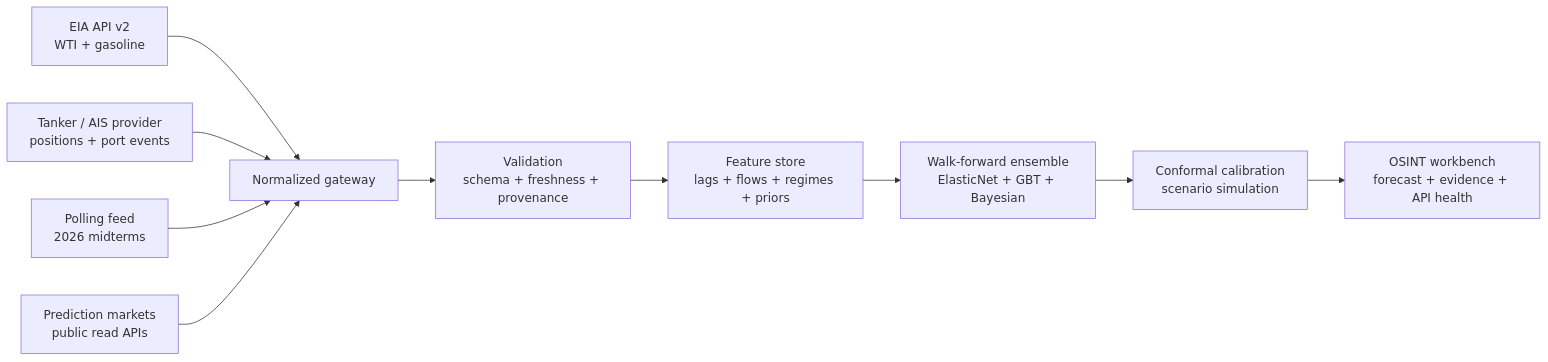
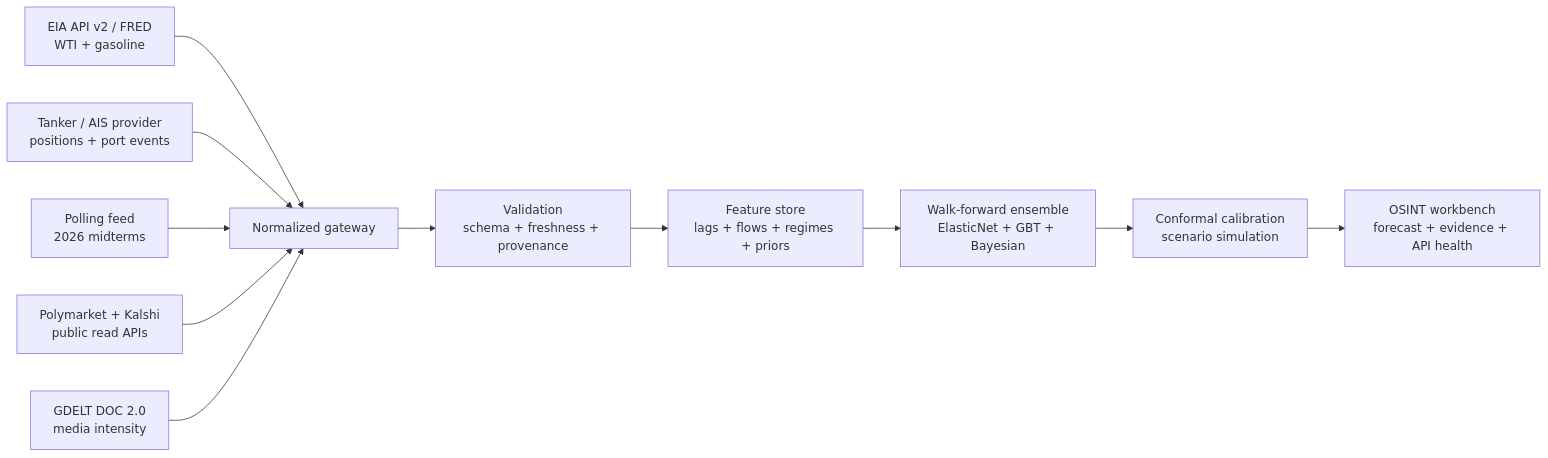
Before and after one commit to AtomicGlance/straitsignal-osint: the diagram in README.md, drawn with Mermaid. The commit also changed other lines of this file and 1 other file, not shown here.

````diff
--- a/README.md
+++ b/README.md
@@ -18,12 +22,13 @@
 ```mermaid
 flowchart LR
-    EIA["EIA API v2<br/>WTI + gasoline"] --> G["Normalized gateway"]
+    EIA["EIA API v2 / FRED<br/>WTI + gasoline"] --> G["Normalized gateway"]
     AIS["Tanker / AIS provider<br/>positions + port events"] --> G
     POLL["Polling feed<br/>2026 midterms"] --> G
-    PM["Prediction markets<br/>public read APIs"] --> G
+    PM["Polymarket + Kalshi<br/>public read APIs"] --> G
+    CONFLICT["GDELT DOC 2.0<br/>media intensity"] --> G
     G --> V["Validation<br/>schema + freshness + provenance"]
     V --> F["Feature store<br/>lags + flows + regimes + priors"]
     F --> M["Walk-forward ensemble<br/>ElasticNet + GBT + Bayesian"]
     M --> C["Conformal calibration<br/>scenario simulation"]
     C --> UI["OSINT workbench<br/>forecast + evidence + API health"]
 ```
````
